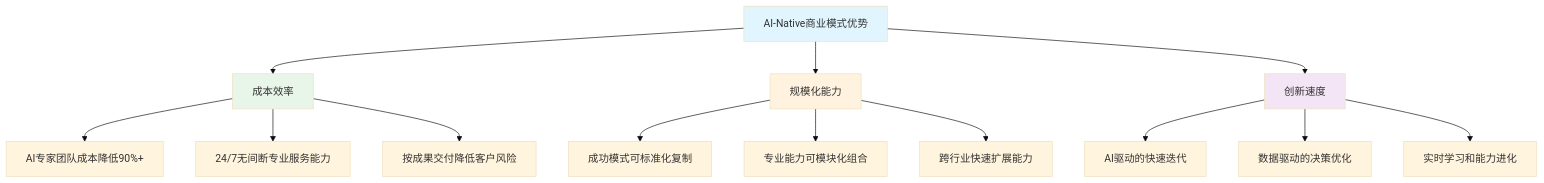
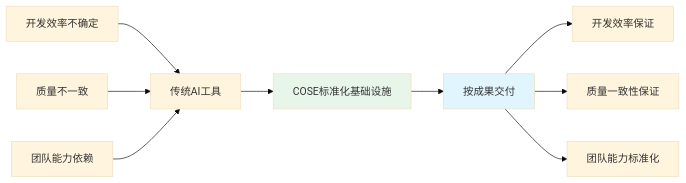
Before and after one commit to Deepractice/COSE: the first of 2 diagrams in README.md, drawn with Mermaid (base theme). The commit also changed other lines of this file, not shown here.

````diff
--- a/README.md
+++ b/README.md
@@ -99,23 +143,16 @@
 ```mermaid
-graph TD
-    A[AI-Native商业模式优势] --> B[成本效率]
-    A --> C[规模化能力]
-    A --> D[创新速度]
+graph LR
+    A[传统AI工具] --> B[COSE标准化基础设施]
+    B --> C[按成果交付]
     
-    B --> B1[AI专家团队成本降低90%+]
-    B --> B2[24/7无间断专业服务能力]
-    B --> B3[按成果交付降低客户风险]
+    A1[开发效率不确定] --> A
+    A2[质量不一致] --> A
+    A3[团队能力依赖] --> A
     
-    C --> C1[成功模式可标准化复制]
-    C --> C2[专业能力可模块化组合]
-    C --> C3[跨行业快速扩展能力]
+    C --> C1[开发效率保证]
+    C --> C2[质量一致性保证]
+    C --> C3[团队能力标准化]
     
-    D --> D1[AI驱动的快速迭代]
-    D --> D2[数据驱动的决策优化]
-    D --> D3[实时学习和能力进化]
-    
-    style A fill:#e1f5fe
     style B fill:#e8f5e9
-    style C fill:#fff3e0
-    style D fill:#f3e5f5
+    style C fill:#e1f5fe
 ```
````
